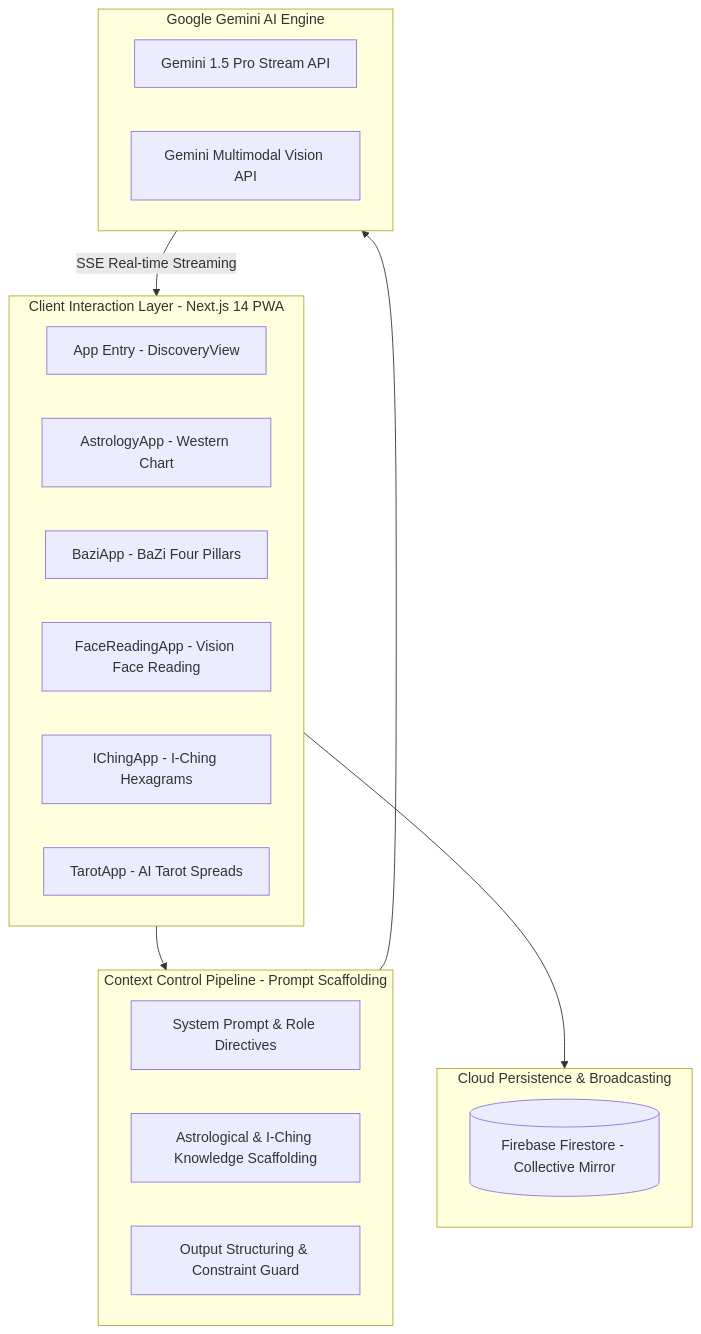
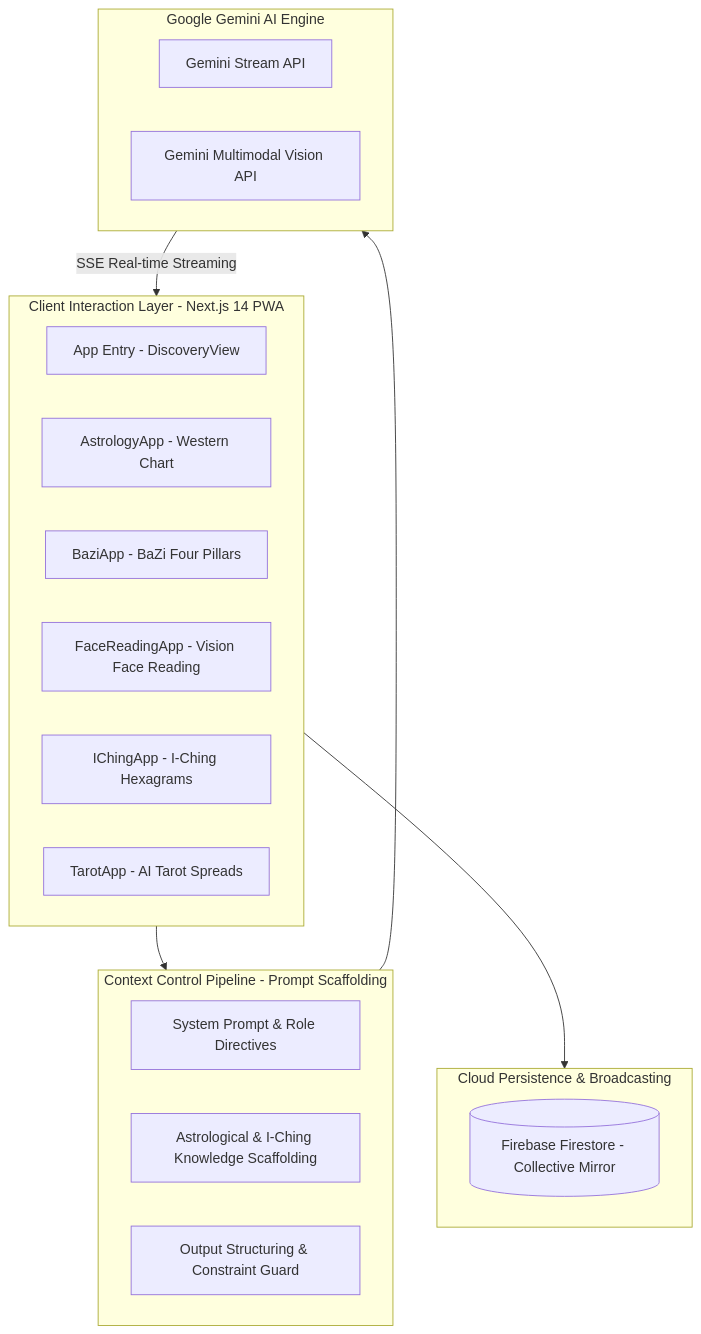
The first of 2 diagrams in README_EN.md (MeiSiristhebest/mystic), drawn with Mermaid before and after one commit. The commit also changed other lines of this file, not shown here.

````diff
--- a/README_EN.md
+++ b/README_EN.md
@@ -31,31 +31,31 @@
 ```mermaid
 graph TD
     subgraph ClientLayer [Client Interaction Layer - Next.js 14 PWA]
         UI[App Entry - DiscoveryView]
         Astrology[AstrologyApp - Western Chart]
         Bazi[BaziApp - BaZi Four Pillars]
         Face[FaceReadingApp - Vision Face Reading]
         IChing[IChingApp - I-Ching Hexagrams]
         Tarot[TarotApp - AI Tarot Spreads]
     end
 
     subgraph ContextPipeline [Context Control Pipeline - Prompt Scaffolding]
         SysPrompt[System Prompt & Role Directives]
         KnowledgeBase[Astrological & I-Ching Knowledge Scaffolding]
         Sanitizer[Output Structuring & Constraint Guard]
     end
 
     subgraph GeminiEngine [Google Gemini AI Engine]
-        StreamAPI[Gemini 1.5 Pro Stream API]
+        StreamAPI[Gemini Stream API]
         VisionAPI[Gemini Multimodal Vision API]
     end
 
     subgraph FirebaseSync [Cloud Persistence & Broadcasting]
         Firestore[(Firebase Firestore - Collective Mirror)]
     end
 
     ClientLayer --> ContextPipeline
     ContextPipeline --> GeminiEngine
     GeminiEngine -- SSE Real-time Streaming --> ClientLayer
     ClientLayer --> FirebaseSync
 ```
````
